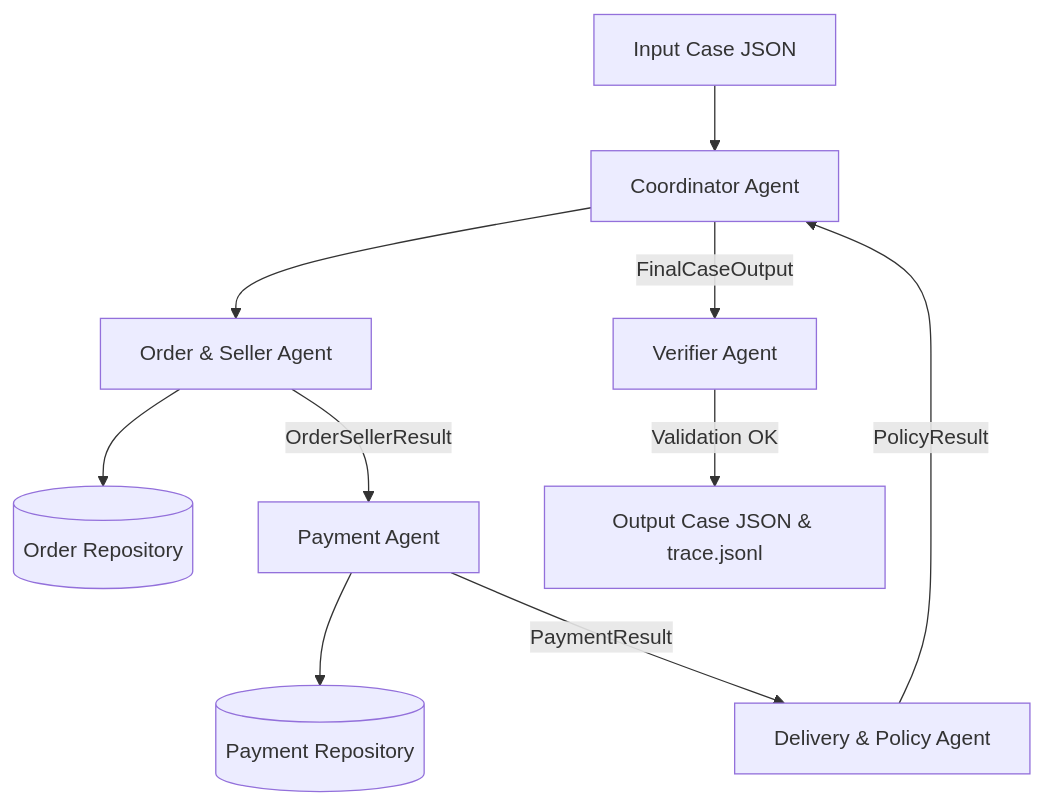
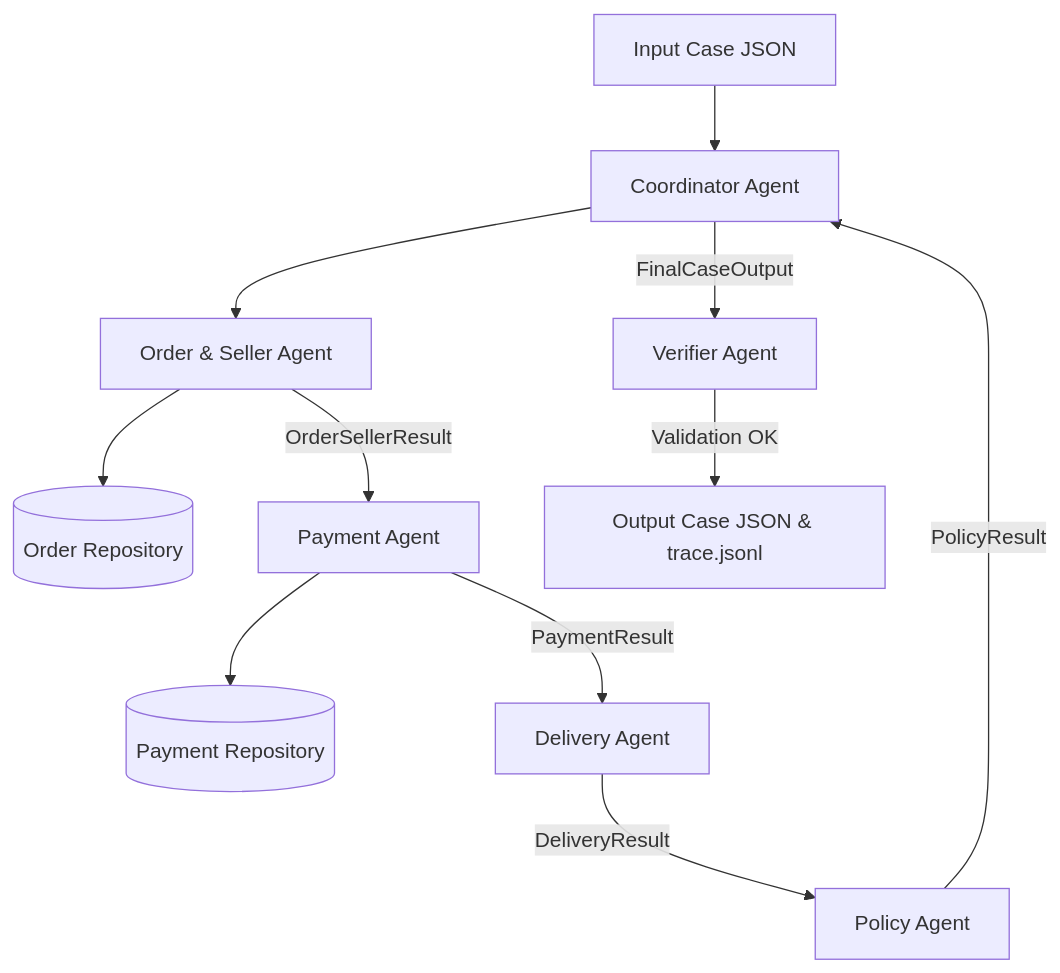
Before and after one commit to duy24ithust/K3-Day9-Multi-Agent-A2A: the diagram in architecture.md, drawn with Mermaid. The commit also changed other lines of this file and 5 other files, not shown here.

Commit message:
feat(architecture): modularize DeliveryAgent into standalone 6-agent handoff pipeline

````diff
--- a/architecture.md
+++ b/architecture.md
@@ -6,12 +6,13 @@
 ```mermaid
 graph TD
     Input[Input Case JSON] --> Coordinator[Coordinator Agent]
     Coordinator --> OrderSeller[Order & Seller Agent]
     OrderSeller --> OrderRepo[(Order Repository)]
     OrderSeller -->|OrderSellerResult| Payment[Payment Agent]
     Payment --> PaymentRepo[(Payment Repository)]
-    Payment -->|PaymentResult| Policy[Delivery & Policy Agent]
+    Payment -->|PaymentResult| Delivery[Delivery Agent]
+    Delivery -->|DeliveryResult| Policy[Policy Agent]
     Policy -->|PolicyResult| Coordinator
     Coordinator -->|FinalCaseOutput| Verifier[Verifier Agent]
     Verifier -->|Validation OK| Output[Output Case JSON & trace.jsonl]
 ```
````
